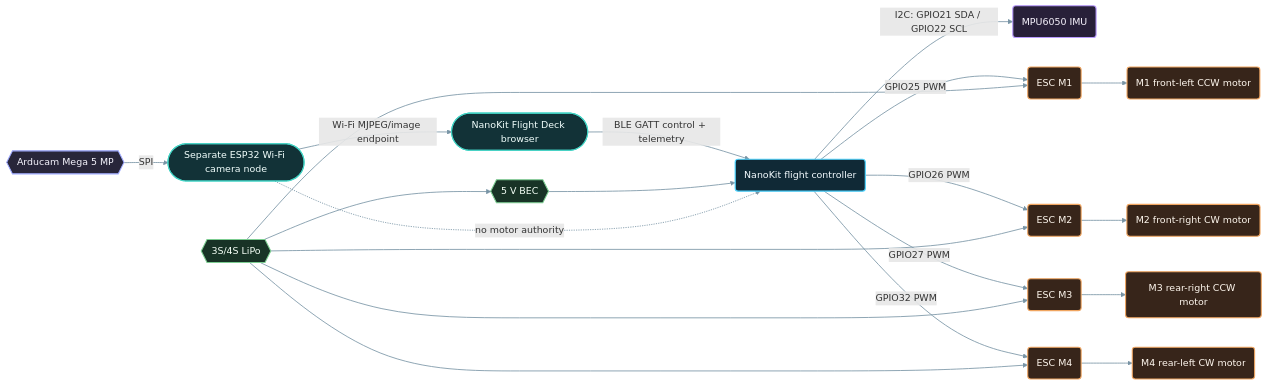
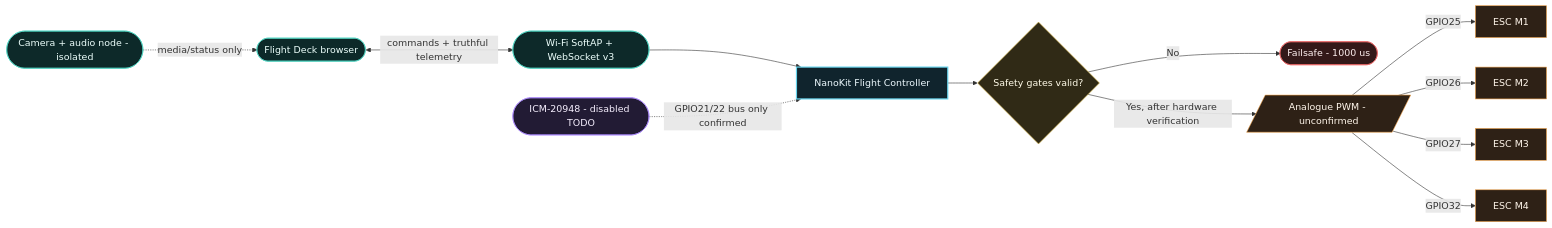
Before and after one commit to ProAmineOfficial/NanoKit-ESP32: the diagram in open_source_projects/nanokit_drone_4x_quadcopter/images/system-diagram.md, drawn with Mermaid. The commit also changed other lines of this file and 58 other files, not shown here.

Commit message:
feat(drone): migrate Flight Deck control to Wi-Fi

````diff
--- a/open_source_projects/nanokit_drone_4x_quadcopter/images/system-diagram.md
+++ b/open_source_projects/nanokit_drone_4x_quadcopter/images/system-diagram.md
@@ -5,36 +5,40 @@
 ```mermaid
 flowchart LR
-  Browser(["NanoKit Flight Deck browser"]) -->|"BLE GATT control + telemetry"| NanoKit("NanoKit flight controller")
-  NanoKit -->|"I2C: GPIO21 SDA / GPIO22 SCL"| MPU("MPU6050 IMU")
-  NanoKit -->|"GPIO25 PWM"| ESC1("ESC M1")
-  NanoKit -->|"GPIO26 PWM"| ESC2("ESC M2")
-  NanoKit -->|"GPIO27 PWM"| ESC3("ESC M3")
-  NanoKit -->|"GPIO32 PWM"| ESC4("ESC M4")
-  ESC1 --> M1("M1 front-left CCW motor")
-  ESC2 --> M2("M2 front-right CW motor")
-  ESC3 --> M3("M3 rear-right CCW motor")
-  ESC4 --> M4("M4 rear-left CW motor")
-  LIPO{{"3S/4S LiPo"}} --> ESC1
-  LIPO --> ESC2
-  LIPO --> ESC3
-  LIPO --> ESC4
-  LIPO --> BEC{{"5 V BEC"}}
-  BEC --> NanoKit
-  Camera{{"Arducam Mega 5 MP"}} -->|"SPI"| CameraNode(["Separate ESP32 Wi-Fi camera node"])
-  CameraNode -->|"Wi-Fi MJPEG/image endpoint"| Browser
-  CameraNode -. "no motor authority" .-> NanoKit
+  Deck(["Flight Deck browser"])
+  Link(["Wi-Fi SoftAP + WebSocket v3"])
+  FC["NanoKit Flight Controller"]
+  IMU(["ICM-20948 - disabled TODO"])
+  Gate{"Safety gates valid?"}
+  Safe(["Failsafe - 1000 us"])
+  PWM[/"Analogue PWM - unconfirmed"/]
+  ESC1["ESC M1"]
+  ESC2["ESC M2"]
+  ESC3["ESC M3"]
+  ESC4["ESC M4"]
+  Payload(["Camera + audio node - isolated"])
 
-  classDef controller fill:#102936,stroke:#4dd4ff,stroke-width:2px,color:#f4fbff
-  classDef sensor fill:#282039,stroke:#b99bff,stroke-width:1.8px,color:#faf6ff
-  classDef communication fill:#123237,stroke:#42d4c5,stroke-width:1.8px,color:#f2fffd
-  classDef power fill:#183326,stroke:#7ccd91,stroke-width:1.8px,color:#f4fff6
-  classDef actuator fill:#37251a,stroke:#f0a560,stroke-width:1.8px,color:#fff8ef
-  classDef external fill:#28263a,stroke:#9ea9ff,stroke-width:1.8px,color:#f7f6ff
-  class NanoKit controller
-  class MPU sensor
-  class Browser,CameraNode communication
-  class LIPO,BEC power
-  class ESC1,ESC2,ESC3,ESC4,M1,M2,M3,M4 actuator
-  class Camera external
-  linkStyle default stroke:#7894a5,stroke-width:1.4px
+  Deck <-->|"commands + truthful telemetry"| Link
+  Link --> FC
+  IMU -. "GPIO21/22 bus only confirmed" .-> FC
+  FC --> Gate
+  Gate -->|"No"| Safe
+  Gate -->|"Yes, after hardware verification"| PWM
+  PWM -->|"GPIO25"| ESC1
+  PWM -->|"GPIO26"| ESC2
+  PWM -->|"GPIO27"| ESC3
+  PWM -->|"GPIO32"| ESC4
+  Payload -. "media/status only" .-> Deck
+
+  classDef controller fill:#10242d,stroke:#67d5ee,color:#eefaff,stroke-width:2px
+  classDef sensor fill:#221b34,stroke:#ad8cff,color:#f7f0ff
+  classDef communication fill:#0d2929,stroke:#4ed6c4,color:#edfffc
+  classDef actuator fill:#2e2116,stroke:#f0a24a,color:#fff6eb
+  classDef safety fill:#341919,stroke:#ee6666,color:#fff1f1
+  classDef condition fill:#302a16,stroke:#e7c653,color:#fffbe8
+  class FC controller
+  class IMU sensor
+  class Deck,Link,Payload communication
+  class PWM,ESC1,ESC2,ESC3,ESC4 actuator
+  class Safe safety
+  class Gate condition
 ```
````
